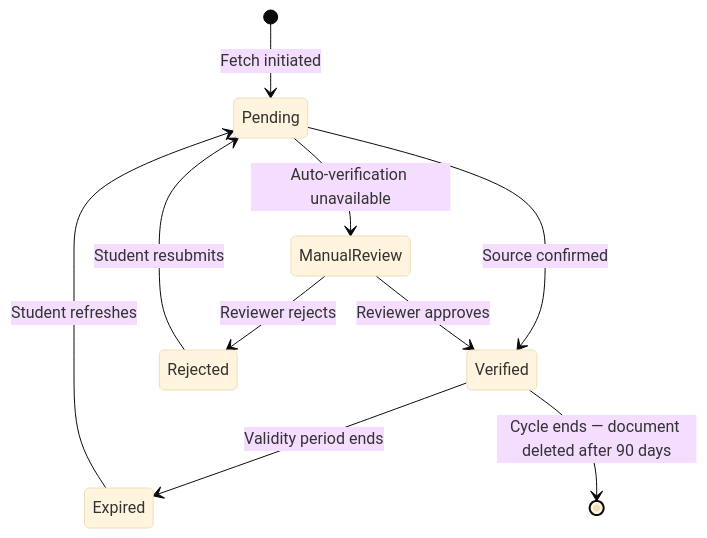
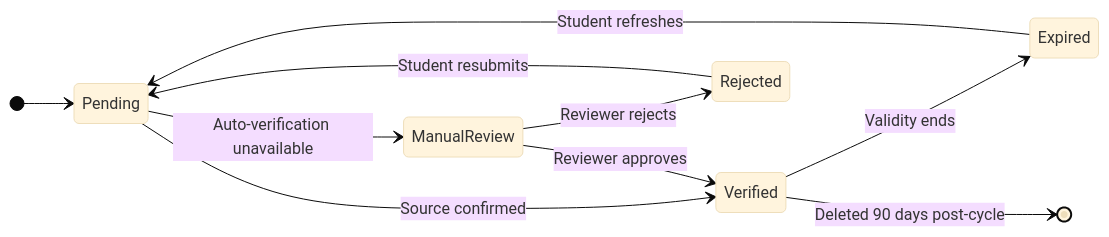
The second of 2 diagrams in praveshai/document-workflows.mdx (aashrutsharma2/docs), drawn with Mermaid (base theme) before and after one commit. The commit also changed other lines of this file and 4 other files, not shown here.

````diff
--- a/praveshai/document-workflows.mdx
+++ b/praveshai/document-workflows.mdx
@@ -90,12 +91,13 @@
 ```mermaid
 stateDiagram-v2
-    [*] --> Pending: Fetch initiated
-    Pending --> Verified: Source confirmed
-    Pending --> ManualReview: Auto-verification unavailable
-    ManualReview --> Verified: Reviewer approves
-    ManualReview --> Rejected: Reviewer rejects
-    Rejected --> Pending: Student resubmits
-    Verified --> Expired: Validity period ends
-    Expired --> Pending: Student refreshes
-    Verified --> [*]: Cycle ends — document deleted after 90 days
+    direction LR
+    [*] --> Pending
+    Pending --> Verified : Source confirmed
+    Pending --> ManualReview : Auto-verification unavailable
+    ManualReview --> Verified : Reviewer approves
+    ManualReview --> Rejected : Reviewer rejects
+    Rejected --> Pending : Student resubmits
+    Verified --> Expired : Validity ends
+    Expired --> Pending : Student refreshes
+    Verified --> [*] : Deleted 90 days post-cycle
 ```
````
